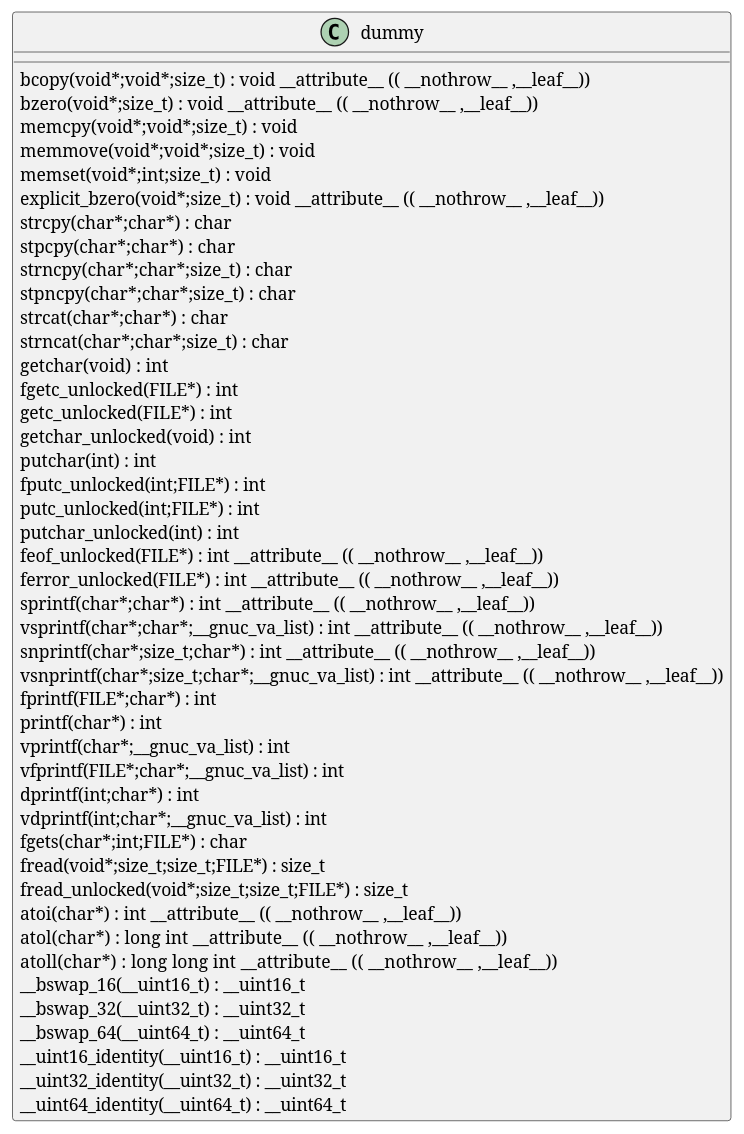
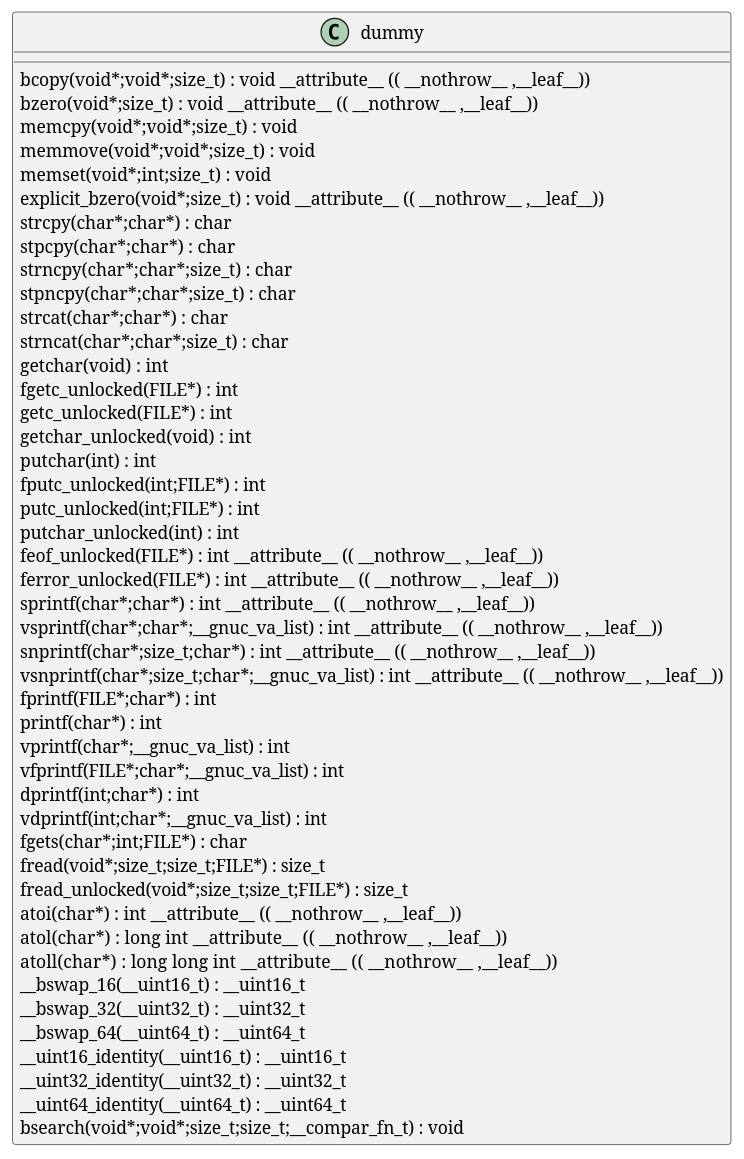
One commit to qualitesys/openssl changed the diagram in docs/qc/crypto/ec/ec_mult.c.puml. Above: the diagram before and after it, drawn with PlantUML. The commit also changed 5123 other files, not shown here.

```diff
--- a/docs/qc/crypto/ec/ec_mult.c.puml
+++ b/docs/qc/crypto/ec/ec_mult.c.puml
@@ -1,49 +1,50 @@
 @startuml
 !pragma layout smetana
 class dummy {
 bcopy(void*;void*;size_t) :  void  __attribute__ (( __nothrow__ ,__leaf__)) [[[./../../.././qc/crypto/ec/ec_mult.c.html#325]]]
 bzero(void*;size_t) :  void  __attribute__ (( __nothrow__ ,__leaf__)) [[[./../../.././qc/crypto/ec/ec_mult.c.html#332]]]
 memcpy(void*;void*;size_t) :  void  [[[./../../.././qc/crypto/ec/ec_mult.c.html#373]]]
 memmove(void*;void*;size_t) :  void  [[[./../../.././qc/crypto/ec/ec_mult.c.html#381]]]
 memset(void*;int;size_t) :  void  [[[./../../.././qc/crypto/ec/ec_mult.c.html#388]]]
 explicit_bzero(void*;size_t) :  void  __attribute__ (( __nothrow__ ,__leaf__)) [[[./../../.././qc/crypto/ec/ec_mult.c.html#401]]]
 strcpy(char*;char*) :  char  [[[./../../.././qc/crypto/ec/ec_mult.c.html#408]]]
 stpcpy(char*;char*) :  char  [[[./../../.././qc/crypto/ec/ec_mult.c.html#415]]]
 strncpy(char*;char*;size_t) :  char  [[[./../../.././qc/crypto/ec/ec_mult.c.html#423]]]
 stpncpy(char*;char*;size_t) :  char  [[[./../../.././qc/crypto/ec/ec_mult.c.html#433]]]
 strcat(char*;char*) :  char  [[[./../../.././qc/crypto/ec/ec_mult.c.html#440]]]
 strncat(char*;char*;size_t) :  char  [[[./../../.././qc/crypto/ec/ec_mult.c.html#447]]]
 getchar(void) :  int  [[[./../../.././qc/crypto/ec/ec_mult.c.html#1304]]]
 fgetc_unlocked(FILE*) :  int  [[[./../../.././qc/crypto/ec/ec_mult.c.html#1313]]]
 getc_unlocked(FILE*) :  int  [[[./../../.././qc/crypto/ec/ec_mult.c.html#1323]]]
 getchar_unlocked(void) :  int  [[[./../../.././qc/crypto/ec/ec_mult.c.html#1330]]]
 putchar(int) :  int  [[[./../../.././qc/crypto/ec/ec_mult.c.html#1339]]]
 fputc_unlocked(int;FILE*) :  int  [[[./../../.././qc/crypto/ec/ec_mult.c.html#1348]]]
 putc_unlocked(int;FILE*) :  int  [[[./../../.././qc/crypto/ec/ec_mult.c.html#1358]]]
 putchar_unlocked(int) :  int  [[[./../../.././qc/crypto/ec/ec_mult.c.html#1365]]]
 feof_unlocked(FILE*) :  int  __attribute__ (( __nothrow__ ,__leaf__)) [[[./../../.././qc/crypto/ec/ec_mult.c.html#1371]]]
 ferror_unlocked(FILE*) :  int  __attribute__ (( __nothrow__ ,__leaf__)) [[[./../../.././qc/crypto/ec/ec_mult.c.html#1378]]]
 sprintf(char*;char*) :  int  __attribute__ (( __nothrow__ ,__leaf__)) [[[./../../.././qc/crypto/ec/ec_mult.c.html#1397]]]
 vsprintf(char*;char*;__gnuc_va_list) :  int  __attribute__ (( __nothrow__ ,__leaf__)) [[[./../../.././qc/crypto/ec/ec_mult.c.html#1410]]]
 snprintf(char*;size_t;char*) :  int  __attribute__ (( __nothrow__ ,__leaf__)) [[[./../../.././qc/crypto/ec/ec_mult.c.html#1429]]]
 vsnprintf(char*;size_t;char*;__gnuc_va_list) :  int  __attribute__ (( __nothrow__ ,__leaf__)) [[[./../../.././qc/crypto/ec/ec_mult.c.html#1443]]]
 fprintf(FILE*;char*) :  int  [[[./../../.././qc/crypto/ec/ec_mult.c.html#1464]]]
 printf(char*) :  int  [[[./../../.././qc/crypto/ec/ec_mult.c.html#1471]]]
 vprintf(char*;__gnuc_va_list) :  int  [[[./../../.././qc/crypto/ec/ec_mult.c.html#1483]]]
 vfprintf(FILE*;char*;__gnuc_va_list) :  int  [[[./../../.././qc/crypto/ec/ec_mult.c.html#1493]]]
 dprintf(int;char*) :  int  [[[./../../.././qc/crypto/ec/ec_mult.c.html#1508]]]
 vdprintf(int;char*;__gnuc_va_list) :  int  [[[./../../.././qc/crypto/ec/ec_mult.c.html#1519]]]
 fgets(char*;int;FILE*) :  char  [[[./../../.././qc/crypto/ec/ec_mult.c.html#1538]]]
 fread(void*;size_t;size_t;FILE*) : size_t [[[./../../.././qc/crypto/ec/ec_mult.c.html#1564]]]
 fread_unlocked(void*;size_t;size_t;FILE*) : size_t [[[./../../.././qc/crypto/ec/ec_mult.c.html#1591]]]
 atoi(char*) :  int  __attribute__ (( __nothrow__ ,__leaf__)) [[[./../../.././qc/crypto/ec/ec_mult.c.html#1751]]]
 atol(char*) :  long  int  __attribute__ (( __nothrow__ ,__leaf__)) [[[./../../.././qc/crypto/ec/ec_mult.c.html#1756]]]
 atoll(char*) :  long  long  int  __attribute__ (( __nothrow__ ,__leaf__)) [[[./../../.././qc/crypto/ec/ec_mult.c.html#1763]]]
 __bswap_16(__uint16_t) : __uint16_t [[[./../../.././qc/crypto/ec/ec_mult.c.html#1910]]]
 __bswap_32(__uint32_t) : __uint32_t [[[./../../.././qc/crypto/ec/ec_mult.c.html#1925]]]
 __bswap_64(__uint64_t) : __uint64_t [[[./../../.././qc/crypto/ec/ec_mult.c.html#1935]]]
 __uint16_identity(__uint16_t) : __uint16_t [[[./../../.././qc/crypto/ec/ec_mult.c.html#1947]]]
 __uint32_identity(__uint32_t) : __uint32_t [[[./../../.././qc/crypto/ec/ec_mult.c.html#1953]]]
 __uint64_identity(__uint64_t) : __uint64_t [[[./../../.././qc/crypto/ec/ec_mult.c.html#1959]]]
+bsearch(void*;void*;size_t;size_t;__compar_fn_t) :  void  [[[./../../.././qc/crypto/ec/ec_mult.c.html#2627]]]
 } 
 @enduml
```
